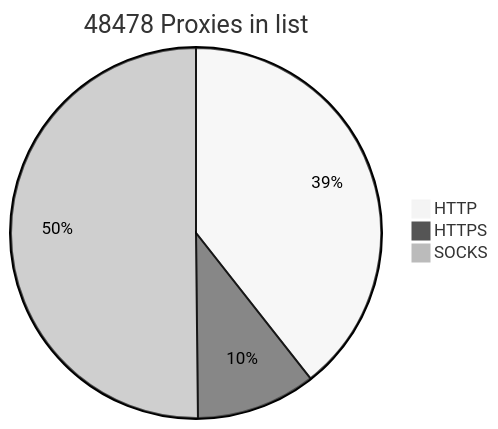
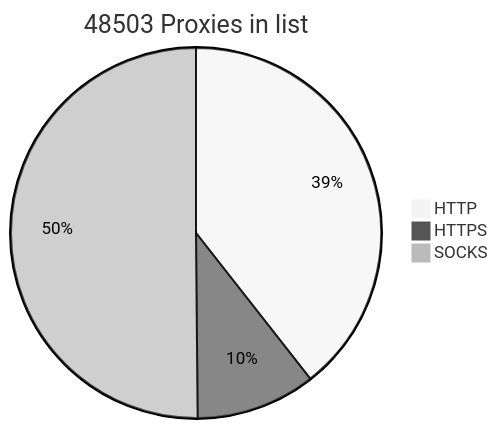
One commit to BlackSnowDot/proxylist-update-every-minute changed the diagram in README.md. Above: the diagram before and after it, drawn with Mermaid (neutral theme).

````diff
--- a/README.md
+++ b/README.md
@@ -2,6 +2,6 @@
 ```mermaid
-pie title 48478 Proxies in list
-    "HTTP" : 21033
-    "HTTPS": 5576
+pie title 48503 Proxies in list
+    "HTTP" : 21056
+    "HTTPS": 5580
     "SOCKS" : 26789
 ```
````
